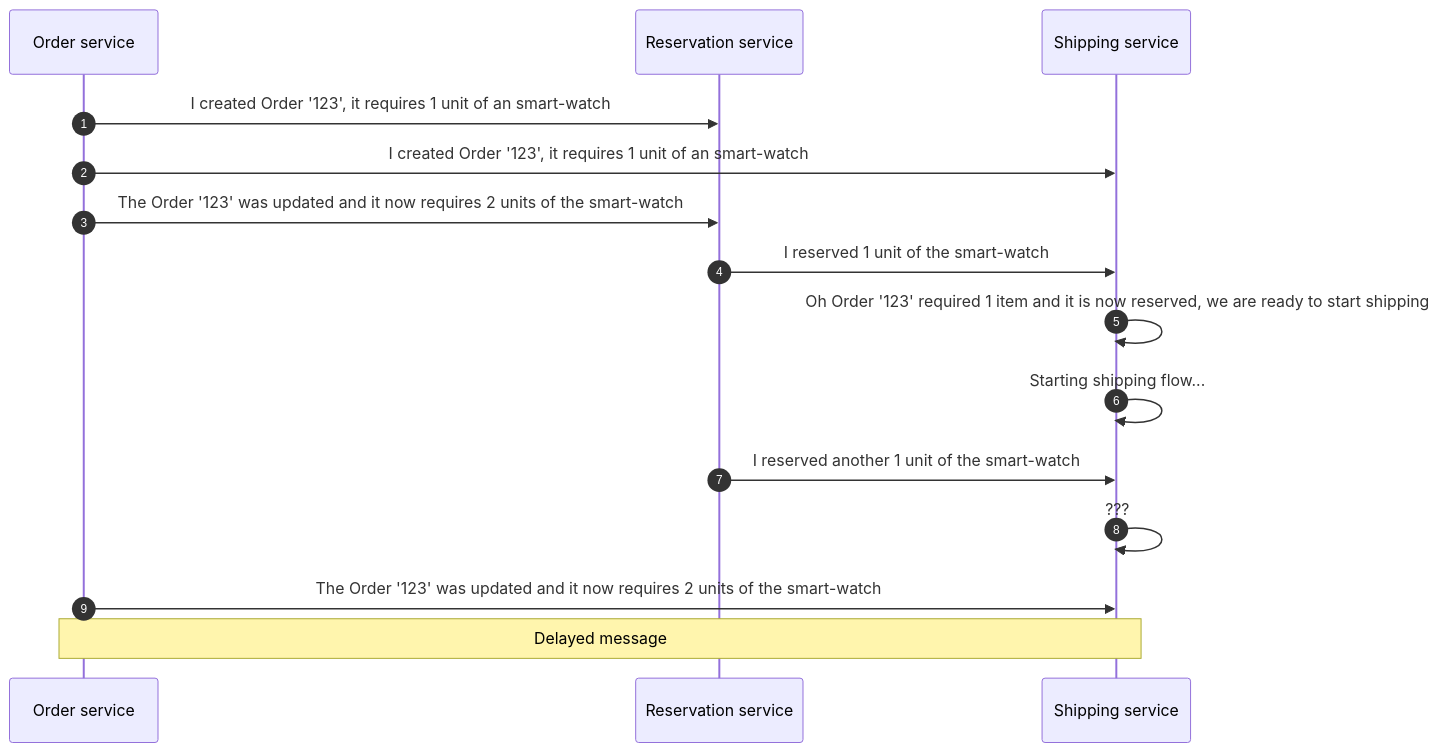
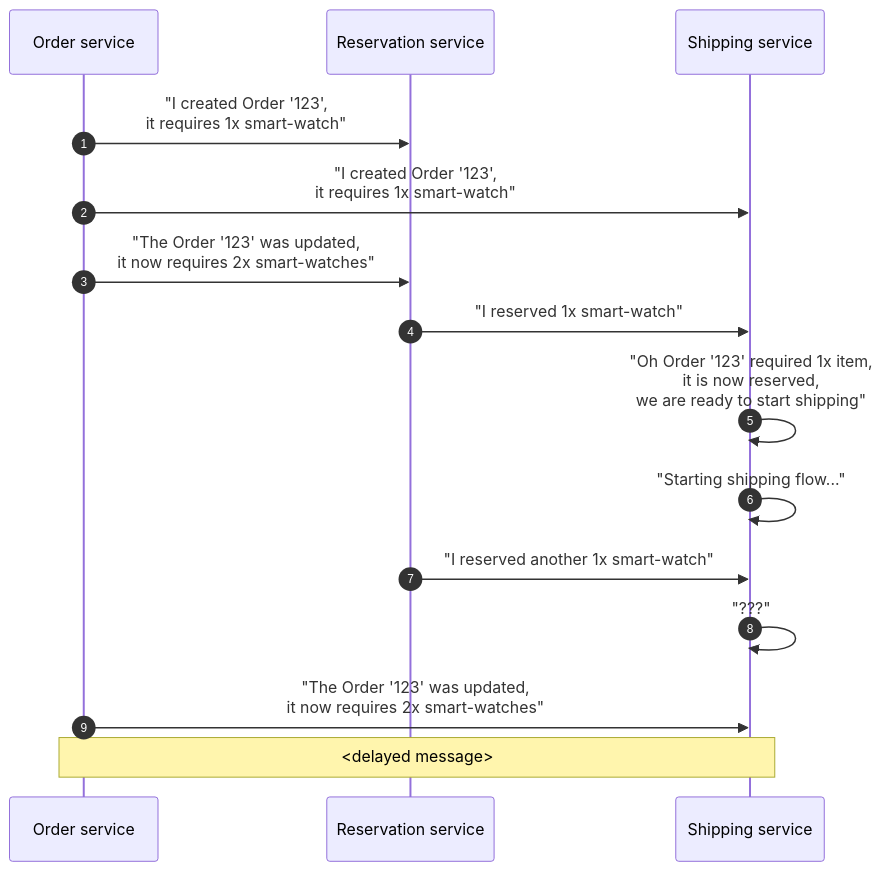
Before and after one commit to fnipo/fnipo.github.io: the third of 4 diagrams in docs/_posts/2022-06-07-consistency-with-microservices-part-2.md, drawn with Mermaid. The commit also changed other lines of this file, not shown here.

Commit message:
Improving diagrams

````diff
--- a/docs/_posts/2022-06-07-consistency-with-microservices-part-2.md
+++ b/docs/_posts/2022-06-07-consistency-with-microservices-part-2.md
@@ -116,19 +116,19 @@
 ```mermaid!
 sequenceDiagram
     autonumber
 
     participant Order service
     participant Reservation service
     participant Shipping service
 
-    Order service ->> Reservation service: I created Order '123', it requires 1 unit of an smart-watch
-    Order service ->> Shipping service: I created Order '123', it requires 1 unit of an smart-watch
-    Order service ->> Reservation service: The Order '123' was updated and it now requires 2 units of the smart-watch
-    Reservation service ->> Shipping service: I reserved 1 unit of the smart-watch
-    Shipping service ->> Shipping service: Oh Order '123' required 1 item and it is now reserved, we are ready to start shipping
-    Shipping service ->> Shipping service: Starting shipping flow...
-    Reservation service ->> Shipping service: I reserved another 1 unit of the smart-watch
-    Shipping service ->> Shipping service: ???
-    Order service ->> Shipping service: The Order '123' was updated and it now requires 2 units of the smart-watch
-    Note over Order service,Shipping service: Delayed message
+    Order service ->> Reservation service: "I created Order '123', <br/>it requires 1x smart-watch"
+    Order service ->> Shipping service: "I created Order '123', <br/>it requires 1x smart-watch"
+    Order service ->> Reservation service: "The Order '123' was updated, <br/>it now requires 2x smart-watches"
+    Reservation service ->> Shipping service: "I reserved 1x smart-watch"
+    Shipping service ->> Shipping service: "Oh Order '123' required 1x item, <br/>it is now reserved, <br/>we are ready to start shipping"
+    Shipping service ->> Shipping service: "Starting shipping flow..."
+    Reservation service ->> Shipping service: "I reserved another 1x smart-watch"
+    Shipping service ->> Shipping service: "???"
+    Order service ->> Shipping service: "The Order '123' was updated, <br/>it now requires 2x smart-watches"
+    Note over Order service,Shipping service: <delayed message>
 ```
````
